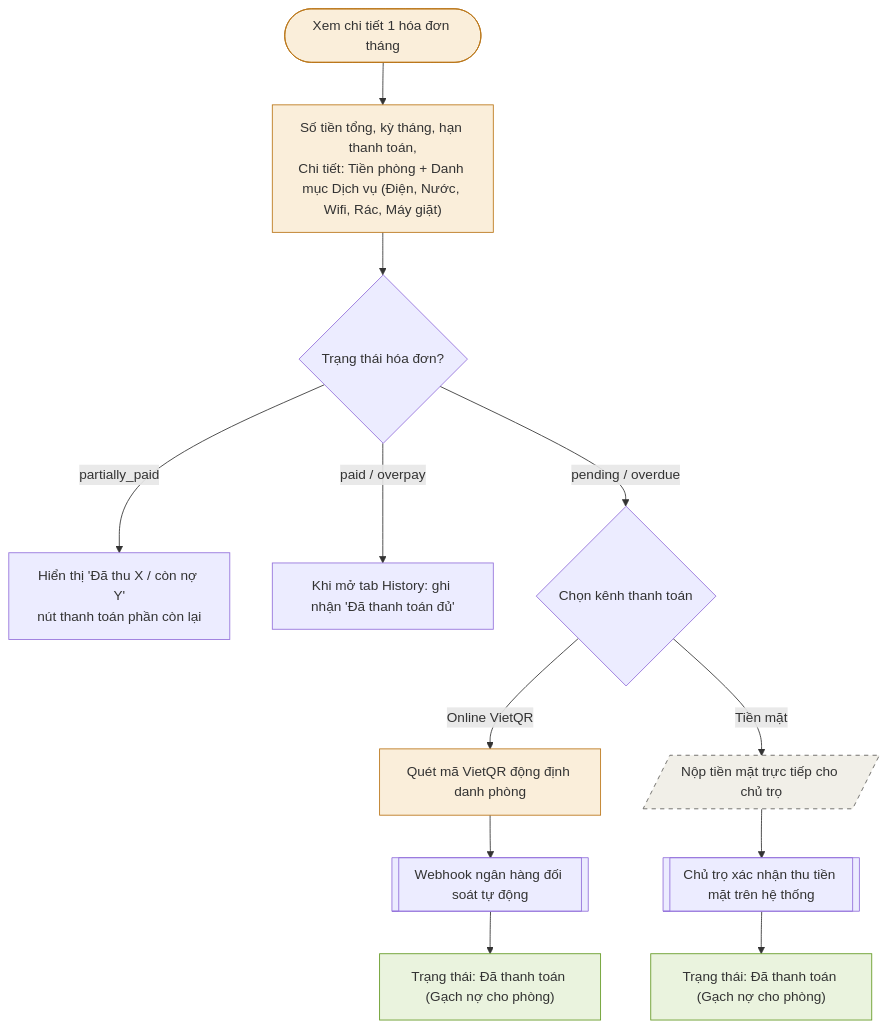
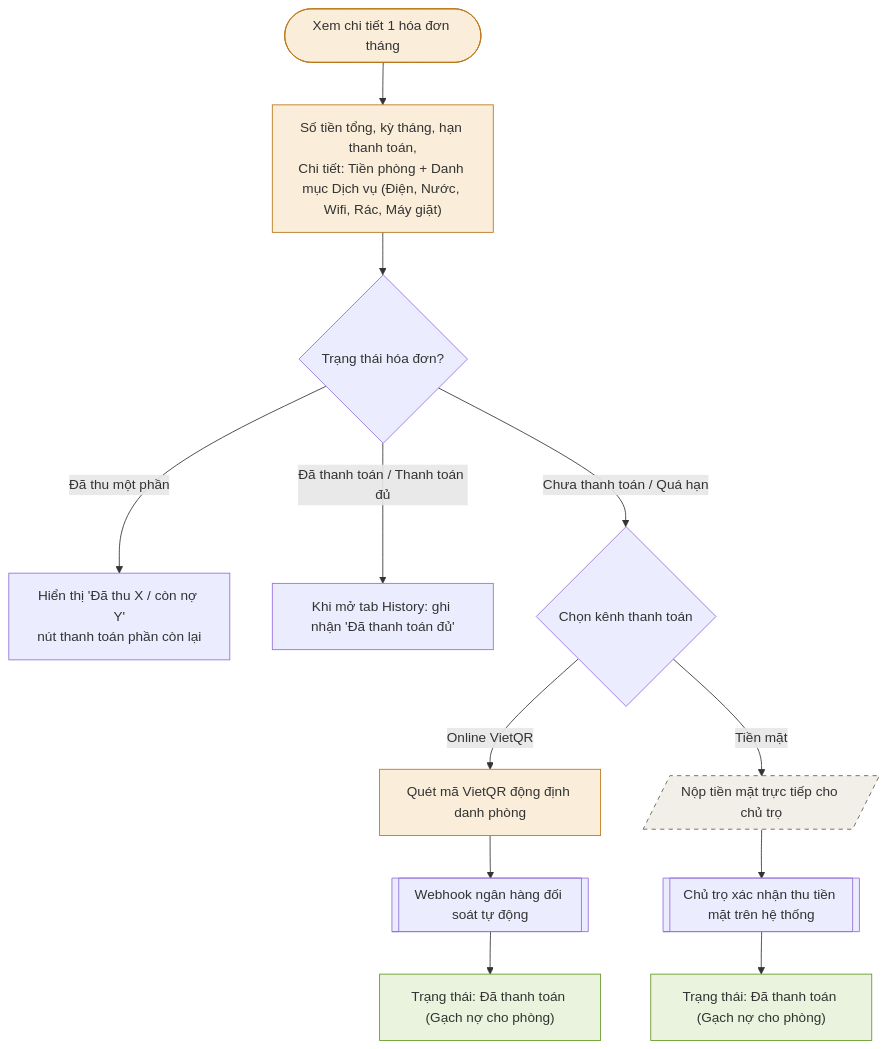
Diagram 13 of 17 in phase-1/discovery/user_flow/tenant-user-flow.md (pbl6-home-renter/docs), drawn with Mermaid before and after one commit. The commit also changed other lines of this file and 6 other files, not shown here.

````diff
--- a/phase-1/discovery/user_flow/tenant-user-flow.md
+++ b/phase-1/discovery/user_flow/tenant-user-flow.md
@@ -332,21 +285,21 @@
 ```mermaid
 flowchart TD
     Start(["Xem chi tiết 1 hóa đơn tháng"]) --> Detail["Số tiền tổng, kỳ tháng, hạn thanh toán,\nChi tiết: Tiền phòng + Danh mục Dịch vụ (Điện, Nước, Wifi, Rác, Máy giặt)"]
     Detail --> Status{"Trạng thái hóa đơn?"}
-    Status -->|"partially_paid"| PartialNote["Hiển thị 'Đã thu X / còn nợ Y'\nnút thanh toán phần còn lại"]
-    Status -->|"paid / overpay"| HistoryTab["Khi mở tab History: ghi nhận 'Đã thanh toán đủ'"]
-    Status -->|"pending / overdue"| Choose{"Chọn kênh thanh toán"}
+    Status -->|"Đã thu một phần"| PartialNote["Hiển thị 'Đã thu X / còn nợ Y'\nnút thanh toán phần còn lại"]
+    Status -->|"Đã thanh toán / Thanh toán đủ"| HistoryTab["Khi mở tab History: ghi nhận 'Đã thanh toán đủ'"]
+    Status -->|"Chưa thanh toán / Quá hạn"| Choose{"Chọn kênh thanh toán"}
     Choose -->|"Online VietQR"| QR["Quét mã VietQR động định danh phòng"]
     QR --> Webhook[["Webhook ngân hàng đối soát tự động"]]
     Webhook --> Paid1["Trạng thái: Đã thanh toán (Gạch nợ cho phòng)"]
     Choose -->|"Tiền mặt"| Cash[/"Nộp tiền mặt trực tiếp cho chủ trọ"/]
     Cash --> Confirm[["Chủ trọ xác nhận thu tiền mặt trên hệ thống"]]
     Confirm --> Paid2["Trạng thái: Đã thanh toán (Gạch nợ cho phòng)"]
 
     style Start fill:#faeeda,stroke:#ba7517
     style Detail fill:#faeeda,stroke:#ba7517
     style QR fill:#faeeda,stroke:#ba7517
     style Paid1 fill:#eaf3de,stroke:#639922
     style Paid2 fill:#eaf3de,stroke:#639922
     style Cash fill:#f1efe8,stroke:#5f5e5a,stroke-dasharray: 5 5
 ```
````
